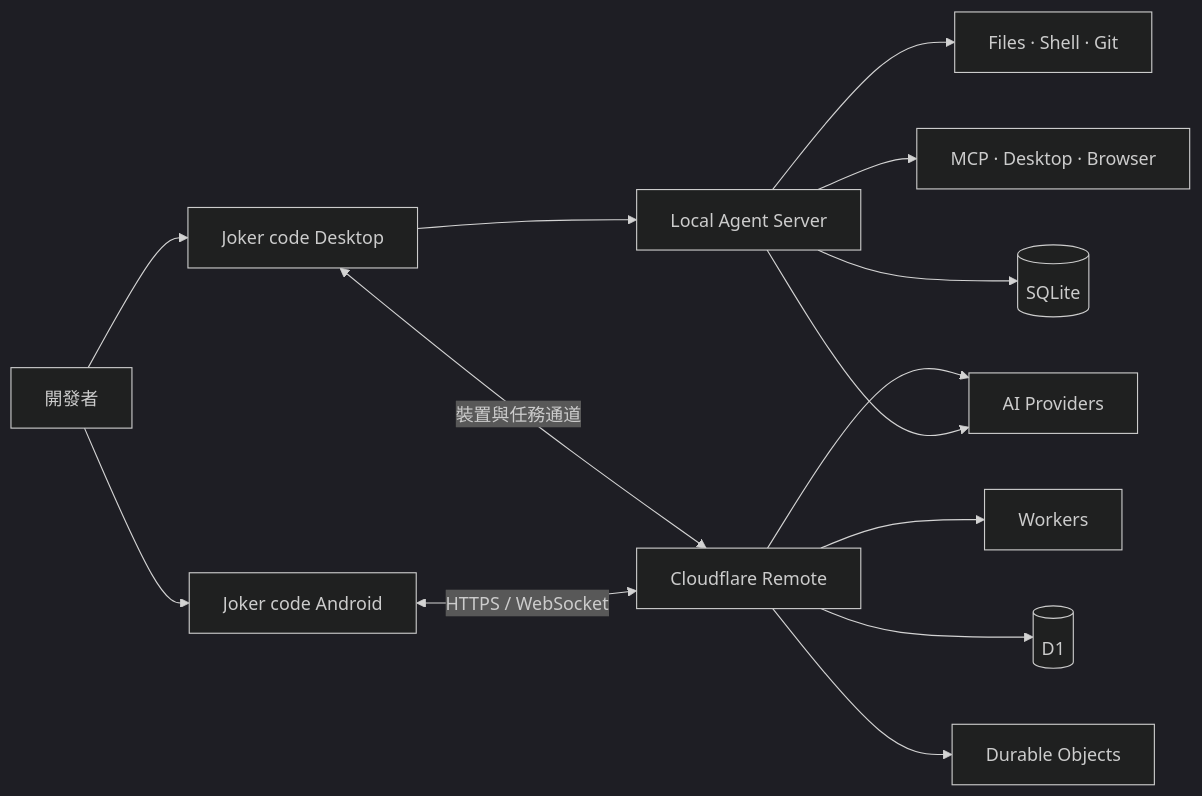
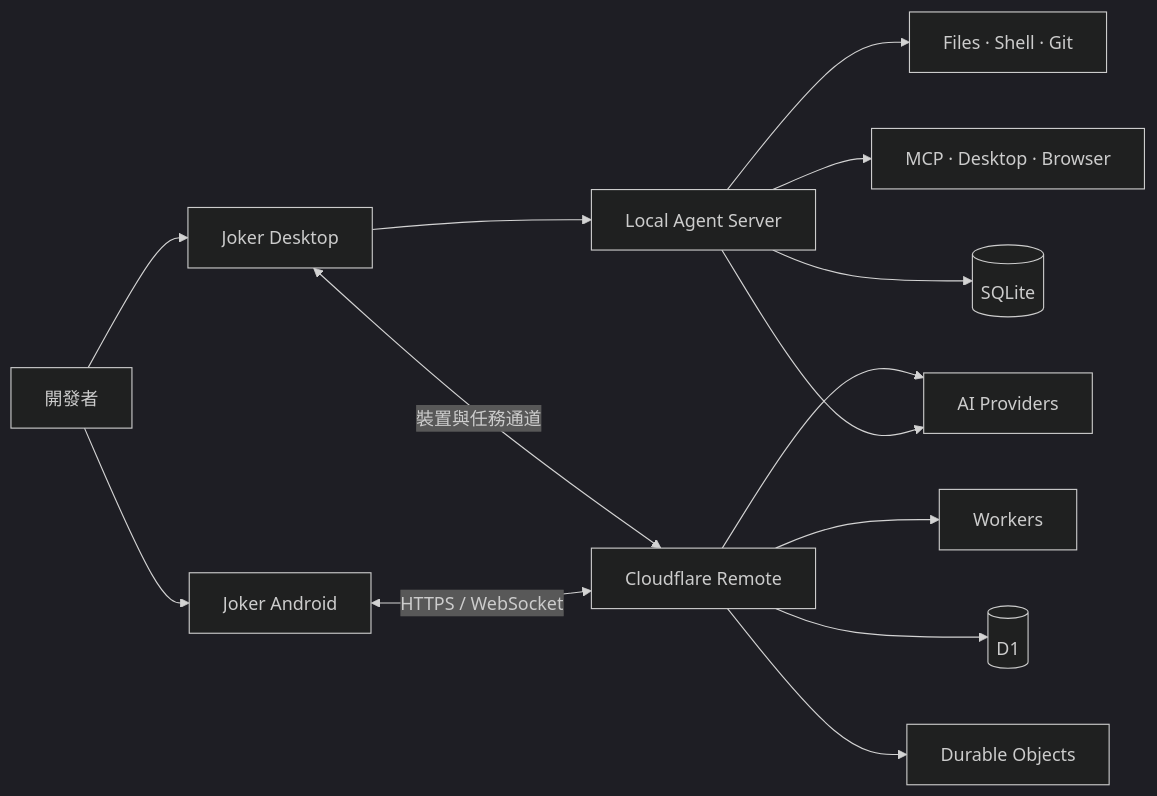
One commit to kdczyz/Joker changed the diagram in README.zh-TW.md. Above: the diagram before and after it, drawn with Mermaid (dark theme). The commit also changed other lines of this file and 21 other files, not shown here.

First line of the commit message:
docs: add centered logo and rename Joker code → Joker; add Cloudflare OAuth settings

````diff
--- a/README.zh-TW.md
+++ b/README.zh-TW.md
@@ -53,18 +55,18 @@
 ```mermaid
 flowchart LR
-    U[開發者] --> D[Joker code Desktop]
-    U --> M[Joker code Android]
+    U[開發者] --> D[Joker Desktop]
+    U --> M[Joker Android]
 
     D --> A[Local Agent Server]
     A --> P[AI Providers]
     A --> T[Files · Shell · Git]
     A --> X[MCP · Desktop · Browser]
     A --> S[(SQLite)]
 
     M <-->|HTTPS / WebSocket| C[Cloudflare Remote]
     D <-->|裝置與任務通道| C
     C --> W[Workers]
     C --> DB[(D1)]
     C --> DO[Durable Objects]
     C --> P
 ```
````
